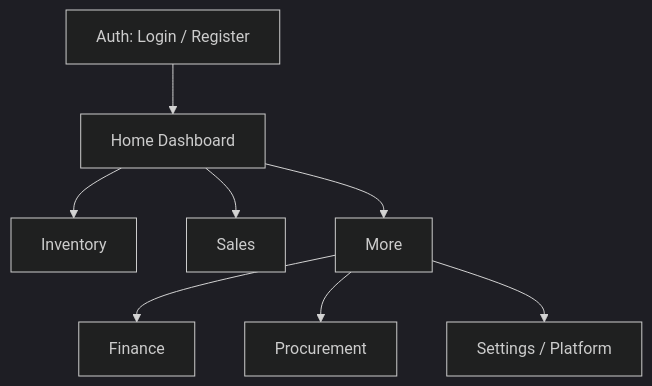
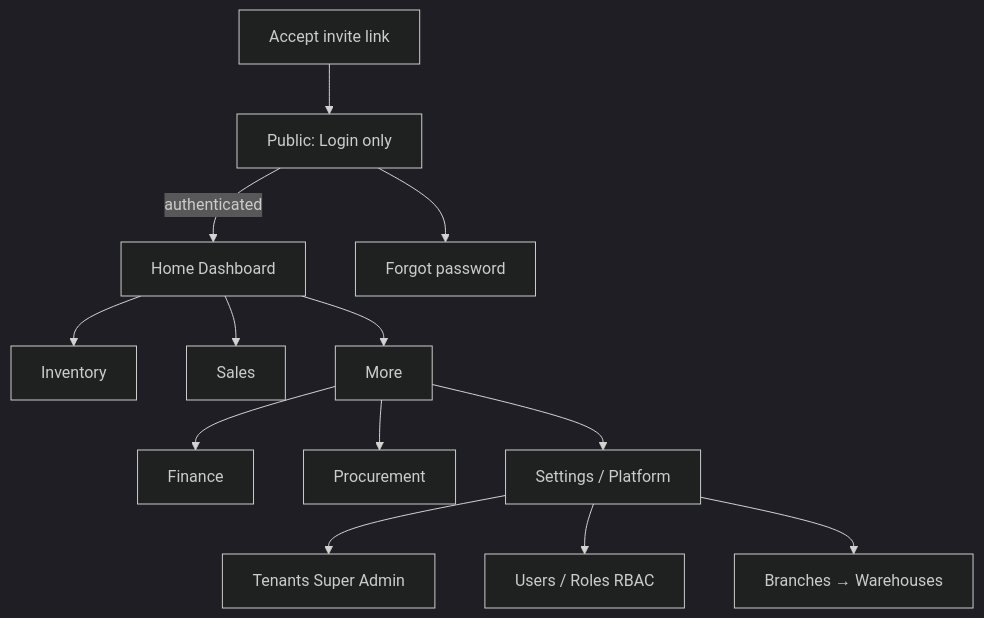
The first of 7 diagrams in specs/flows/application-flows.md (niaazaai/boms), drawn with Mermaid (dark theme) before and after one commit. The commit also changed 14 other files, not shown here.

````diff
--- a/specs/flows/application-flows.md
+++ b/specs/flows/application-flows.md
@@ -9,10 +9,15 @@
 ```mermaid
 flowchart TB
-  AUTH[Auth: Login / Register] --> HOME[Home Dashboard]
+  LOGIN[Public: Login only] -->|authenticated| HOME[Home Dashboard]
+  LOGIN --> FORGOT[Forgot password]
+  INVITE[Accept invite link] --> LOGIN
   HOME --> INV[Inventory]
   HOME --> SAL[Sales]
   HOME --> MORE[More]
   MORE --> FIN[Finance]
   MORE --> PRC[Procurement]
   MORE --> SET[Settings / Platform]
+  SET --> TEN[Tenants Super Admin]
+  SET --> USERS[Users / Roles RBAC]
+  SET --> BR[Branches → Warehouses]
 ```
````
